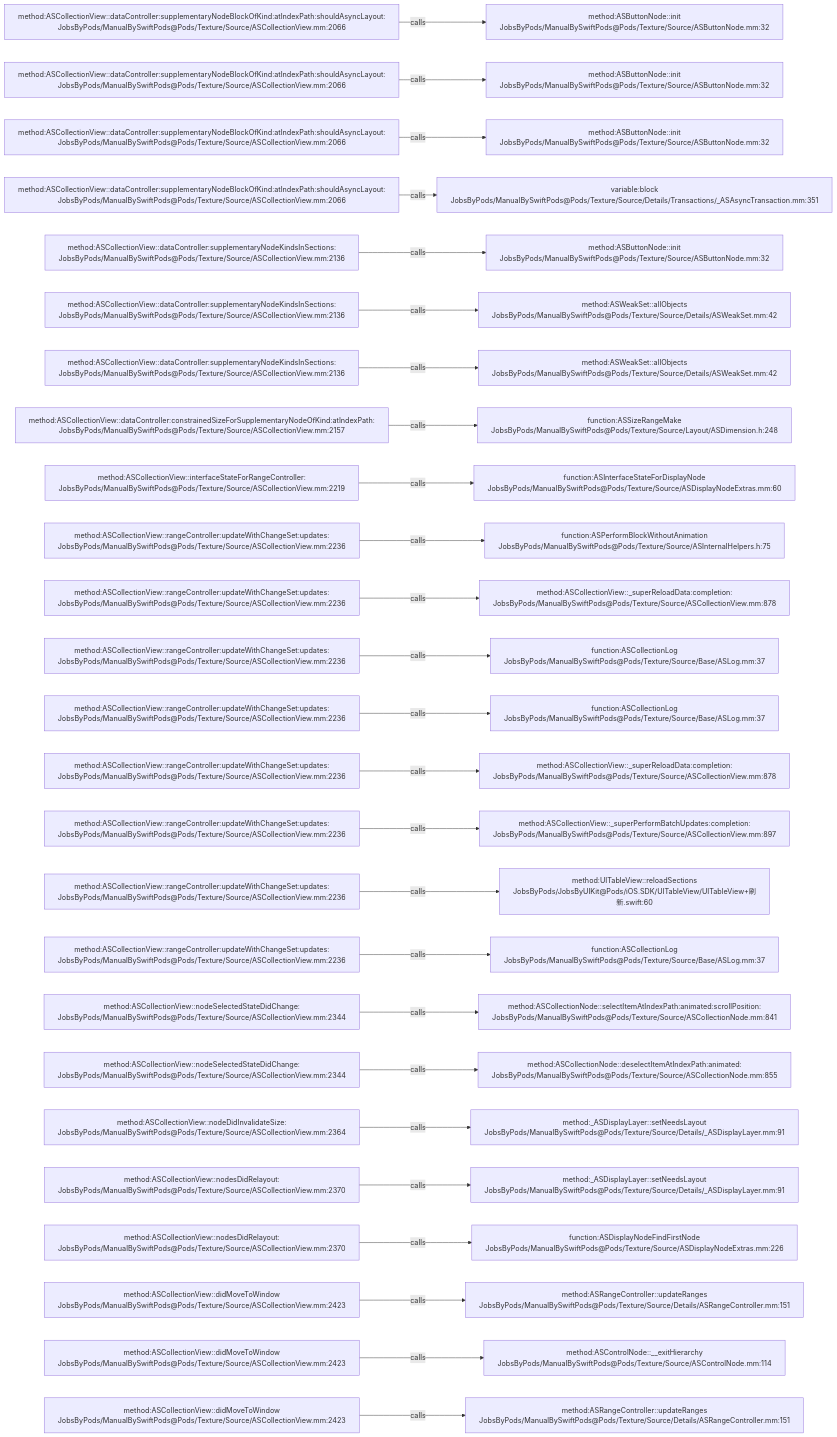
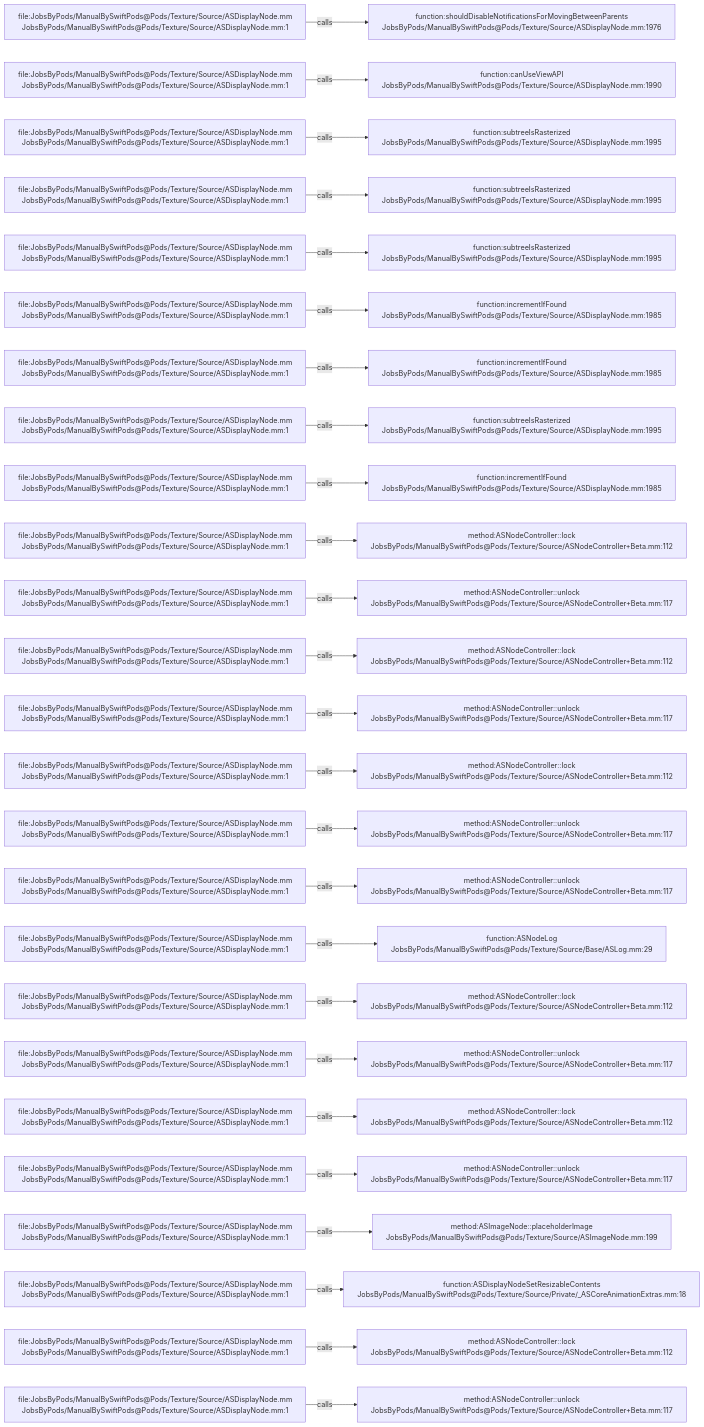
One commit to JobsKits/JobsSwiftBaseConfigDemo changed the diagram in .codegraph/codegraph.md/graphs/calls-033.md. Above: the diagram before and after it, drawn with Mermaid. The commit also changed 832 other files, not shown here.

````diff
--- a/.codegraph/codegraph.md/graphs/calls-033.md
+++ b/.codegraph/codegraph.md/graphs/calls-033.md
@@ -13,78 +13,78 @@
 ```mermaid
 flowchart LR
-  S1["method:ASCollectionView::dataController:supplementaryNodeBlockOfKind:atIndexPath:shouldAsyncLayout:<br/>JobsByPods/ManualBySwiftPods@Pods/Texture/Source/ASCollectionView.mm:2066"]
-  T1["method:ASButtonNode::init<br/>JobsByPods/ManualBySwiftPods@Pods/Texture/Source/ASButtonNode.mm:32"]
+  S1["file:JobsByPods/ManualBySwiftPods@Pods/Texture/Source/ASDisplayNode.mm<br/>JobsByPods/ManualBySwiftPods@Pods/Texture/Source/ASDisplayNode.mm:1"]
+  T1["function:shouldDisableNotificationsForMovingBetweenParents<br/>JobsByPods/ManualBySwiftPods@Pods/Texture/Source/ASDisplayNode.mm:1976"]
   S1 -->|calls| T1
-  S2["method:ASCollectionView::dataController:supplementaryNodeBlockOfKind:atIndexPath:shouldAsyncLayout:<br/>JobsByPods/ManualBySwiftPods@Pods/Texture/Source/ASCollectionView.mm:2066"]
-  T2["method:ASButtonNode::init<br/>JobsByPods/ManualBySwiftPods@Pods/Texture/Source/ASButtonNode.mm:32"]
+  S2["file:JobsByPods/ManualBySwiftPods@Pods/Texture/Source/ASDisplayNode.mm<br/>JobsByPods/ManualBySwiftPods@Pods/Texture/Source/ASDisplayNode.mm:1"]
+  T2["function:canUseViewAPI<br/>JobsByPods/ManualBySwiftPods@Pods/Texture/Source/ASDisplayNode.mm:1990"]
   S2 -->|calls| T2
-  S3["method:ASCollectionView::dataController:supplementaryNodeBlockOfKind:atIndexPath:shouldAsyncLayout:<br/>JobsByPods/ManualBySwiftPods@Pods/Texture/Source/ASCollectionView.mm:2066"]
-  T3["method:ASButtonNode::init<br/>JobsByPods/ManualBySwiftPods@Pods/Texture/Source/ASButtonNode.mm:32"]
+  S3["file:JobsByPods/ManualBySwiftPods@Pods/Texture/Source/ASDisplayNode.mm<br/>JobsByPods/ManualBySwiftPods@Pods/Texture/Source/ASDisplayNode.mm:1"]
+  T3["function:subtreeIsRasterized<br/>JobsByPods/ManualBySwiftPods@Pods/Texture/Source/ASDisplayNode.mm:1995"]
   S3 -->|calls| T3
-  S4["method:ASCollectionView::dataController:supplementaryNodeBlockOfKind:atIndexPath:shouldAsyncLayout:<br/>JobsByPods/ManualBySwiftPods@Pods/Texture/Source/ASCollectionView.mm:2066"]
-  T4["variable:block<br/>JobsByPods/ManualBySwiftPods@Pods/Texture/Source/Details/Transactions/_ASAsyncTransaction.mm:351"]
+  S4["file:JobsByPods/ManualBySwiftPods@Pods/Texture/Source/ASDisplayNode.mm<br/>JobsByPods/ManualBySwiftPods@Pods/Texture/Source/ASDisplayNode.mm:1"]
+  T4["function:subtreeIsRasterized<br/>JobsByPods/ManualBySwiftPods@Pods/Texture/Source/ASDisplayNode.mm:1995"]
   S4 -->|calls| T4
-  S5["method:ASCollectionView::dataController:supplementaryNodeKindsInSections:<br/>JobsByPods/ManualBySwiftPods@Pods/Texture/Source/ASCollectionView.mm:2136"]
-  T5["method:ASButtonNode::init<br/>JobsByPods/ManualBySwiftPods@Pods/Texture/Source/ASButtonNode.mm:32"]
+  S5["file:JobsByPods/ManualBySwiftPods@Pods/Texture/Source/ASDisplayNode.mm<br/>JobsByPods/ManualBySwiftPods@Pods/Texture/Source/ASDisplayNode.mm:1"]
+  T5["function:subtreeIsRasterized<br/>JobsByPods/ManualBySwiftPods@Pods/Texture/Source/ASDisplayNode.mm:1995"]
   S5 -->|calls| T5
-  S6["method:ASCollectionView::dataController:supplementaryNodeKindsInSections:<br/>JobsByPods/ManualBySwiftPods@Pods/Texture/Source/ASCollectionView.mm:2136"]
-  T6["method:ASWeakSet::allObjects<br/>JobsByPods/ManualBySwiftPods@Pods/Texture/Source/Details/ASWeakSet.mm:42"]
+  S6["file:JobsByPods/ManualBySwiftPods@Pods/Texture/Source/ASDisplayNode.mm<br/>JobsByPods/ManualBySwiftPods@Pods/Texture/Source/ASDisplayNode.mm:1"]
+  T6["function:incrementIfFound<br/>JobsByPods/ManualBySwiftPods@Pods/Texture/Source/ASDisplayNode.mm:1985"]
   S6 -->|calls| T6
-  S7["method:ASCollectionView::dataController:supplementaryNodeKindsInSections:<br/>JobsByPods/ManualBySwiftPods@Pods/Texture/Source/ASCollectionView.mm:2136"]
-  T7["method:ASWeakSet::allObjects<br/>JobsByPods/ManualBySwiftPods@Pods/Texture/Source/Details/ASWeakSet.mm:42"]
+  S7["file:JobsByPods/ManualBySwiftPods@Pods/Texture/Source/ASDisplayNode.mm<br/>JobsByPods/ManualBySwiftPods@Pods/Texture/Source/ASDisplayNode.mm:1"]
+  T7["function:incrementIfFound<br/>JobsByPods/ManualBySwiftPods@Pods/Texture/Source/ASDisplayNode.mm:1985"]
   S7 -->|calls| T7
-  S8["method:ASCollectionView::dataController:constrainedSizeForSupplementaryNodeOfKind:atIndexPath:<br/>JobsByPods/ManualBySwiftPods@Pods/Texture/Source/ASCollectionView.mm:2157"]
-  T8["function:ASSizeRangeMake<br/>JobsByPods/ManualBySwiftPods@Pods/Texture/Source/Layout/ASDimension.h:248"]
+  S8["file:JobsByPods/ManualBySwiftPods@Pods/Texture/Source/ASDisplayNode.mm<br/>JobsByPods/ManualBySwiftPods@Pods/Texture/Source/ASDisplayNode.mm:1"]
+  T8["function:subtreeIsRasterized<br/>JobsByPods/ManualBySwiftPods@Pods/Texture/Source/ASDisplayNode.mm:1995"]
   S8 -->|calls| T8
-  S9["method:ASCollectionView::interfaceStateForRangeController:<br/>JobsByPods/ManualBySwiftPods@Pods/Texture/Source/ASCollectionView.mm:2219"]
-  T9["function:ASInterfaceStateForDisplayNode<br/>JobsByPods/ManualBySwiftPods@Pods/Texture/Source/ASDisplayNodeExtras.mm:60"]
+  S9["file:JobsByPods/ManualBySwiftPods@Pods/Texture/Source/ASDisplayNode.mm<br/>JobsByPods/ManualBySwiftPods@Pods/Texture/Source/ASDisplayNode.mm:1"]
+  T9["function:incrementIfFound<br/>JobsByPods/ManualBySwiftPods@Pods/Texture/Source/ASDisplayNode.mm:1985"]
   S9 -->|calls| T9
-  S10["method:ASCollectionView::rangeController:updateWithChangeSet:updates:<br/>JobsByPods/ManualBySwiftPods@Pods/Texture/Source/ASCollectionView.mm:2236"]
-  T10["function:ASPerformBlockWithoutAnimation<br/>JobsByPods/ManualBySwiftPods@Pods/Texture/Source/ASInternalHelpers.h:75"]
+  S10["file:JobsByPods/ManualBySwiftPods@Pods/Texture/Source/ASDisplayNode.mm<br/>JobsByPods/ManualBySwiftPods@Pods/Texture/Source/ASDisplayNode.mm:1"]
+  T10["method:ASNodeController::lock<br/>JobsByPods/ManualBySwiftPods@Pods/Texture/Source/ASNodeController+Beta.mm:112"]
   S10 -->|calls| T10
-  S11["method:ASCollectionView::rangeController:updateWithChangeSet:updates:<br/>JobsByPods/ManualBySwiftPods@Pods/Texture/Source/ASCollectionView.mm:2236"]
-  T11["method:ASCollectionView::_superReloadData:completion:<br/>JobsByPods/ManualBySwiftPods@Pods/Texture/Source/ASCollectionView.mm:878"]
+  S11["file:JobsByPods/ManualBySwiftPods@Pods/Texture/Source/ASDisplayNode.mm<br/>JobsByPods/ManualBySwiftPods@Pods/Texture/Source/ASDisplayNode.mm:1"]
+  T11["method:ASNodeController::unlock<br/>JobsByPods/ManualBySwiftPods@Pods/Texture/Source/ASNodeController+Beta.mm:117"]
   S11 -->|calls| T11
-  S12["method:ASCollectionView::rangeController:updateWithChangeSet:updates:<br/>JobsByPods/ManualBySwiftPods@Pods/Texture/Source/ASCollectionView.mm:2236"]
-  T12["function:ASCollectionLog<br/>JobsByPods/ManualBySwiftPods@Pods/Texture/Source/Base/ASLog.mm:37"]
+  S12["file:JobsByPods/ManualBySwiftPods@Pods/Texture/Source/ASDisplayNode.mm<br/>JobsByPods/ManualBySwiftPods@Pods/Texture/Source/ASDisplayNode.mm:1"]
+  T12["method:ASNodeController::lock<br/>JobsByPods/ManualBySwiftPods@Pods/Texture/Source/ASNodeController+Beta.mm:112"]
   S12 -->|calls| T12
-  S13["method:ASCollectionView::rangeController:updateWithChangeSet:updates:<br/>JobsByPods/ManualBySwiftPods@Pods/Texture/Source/ASCollectionView.mm:2236"]
-  T13["function:ASCollectionLog<br/>JobsByPods/ManualBySwiftPods@Pods/Texture/Source/Base/ASLog.mm:37"]
+  S13["file:JobsByPods/ManualBySwiftPods@Pods/Texture/Source/ASDisplayNode.mm<br/>JobsByPods/ManualBySwiftPods@Pods/Texture/Source/ASDisplayNode.mm:1"]
+  T13["method:ASNodeController::unlock<br/>JobsByPods/ManualBySwiftPods@Pods/Texture/Source/ASNodeController+Beta.mm:117"]
   S13 -->|calls| T13
-  S14["method:ASCollectionView::rangeController:updateWithChangeSet:updates:<br/>JobsByPods/ManualBySwiftPods@Pods/Texture/Source/ASCollectionView.mm:2236"]
-  T14["method:ASCollectionView::_superReloadData:completion:<br/>JobsByPods/ManualBySwiftPods@Pods/Texture/Source/ASCollectionView.mm:878"]
+  S14["file:JobsByPods/ManualBySwiftPods@Pods/Texture/Source/ASDisplayNode.mm<br/>JobsByPods/ManualBySwiftPods@Pods/Texture/Source/ASDisplayNode.mm:1"]
+  T14["method:ASNodeController::lock<br/>JobsByPods/ManualBySwiftPods@Pods/Texture/Source/ASNodeController+Beta.mm:112"]
   S14 -->|calls| T14
-  S15["method:ASCollectionView::rangeController:updateWithChangeSet:updates:<br/>JobsByPods/ManualBySwiftPods@Pods/Texture/Source/ASCollectionView.mm:2236"]
-  T15["method:ASCollectionView::_superPerformBatchUpdates:completion:<br/>JobsByPods/ManualBySwiftPods@Pods/Texture/Source/ASCollectionView.mm:897"]
+  S15["file:JobsByPods/ManualBySwiftPods@Pods/Texture/Source/ASDisplayNode.mm<br/>JobsByPods/ManualBySwiftPods@Pods/Texture/Source/ASDisplayNode.mm:1"]
+  T15["method:ASNodeController::unlock<br/>JobsByPods/ManualBySwiftPods@Pods/Texture/Source/ASNodeController+Beta.mm:117"]
   S15 -->|calls| T15
-  S16["method:ASCollectionView::rangeController:updateWithChangeSet:updates:<br/>JobsByPods/ManualBySwiftPods@Pods/Texture/Source/ASCollectionView.mm:2236"]
-  T16["method:UITableView::reloadSections<br/>JobsByPods/JobsByUIKit@Pods/iOS.SDK/UITableView/UITableView+刷新.swift:60"]
+  S16["file:JobsByPods/ManualBySwiftPods@Pods/Texture/Source/ASDisplayNode.mm<br/>JobsByPods/ManualBySwiftPods@Pods/Texture/Source/ASDisplayNode.mm:1"]
+  T16["method:ASNodeController::unlock<br/>JobsByPods/ManualBySwiftPods@Pods/Texture/Source/ASNodeController+Beta.mm:117"]
   S16 -->|calls| T16
-  S17["method:ASCollectionView::rangeController:updateWithChangeSet:updates:<br/>JobsByPods/ManualBySwiftPods@Pods/Texture/Source/ASCollectionView.mm:2236"]
-  T17["function:ASCollectionLog<br/>JobsByPods/ManualBySwiftPods@Pods/Texture/Source/Base/ASLog.mm:37"]
+  S17["file:JobsByPods/ManualBySwiftPods@Pods/Texture/Source/ASDisplayNode.mm<br/>JobsByPods/ManualBySwiftPods@Pods/Texture/Source/ASDisplayNode.mm:1"]
+  T17["function:ASNodeLog<br/>JobsByPods/ManualBySwiftPods@Pods/Texture/Source/Base/ASLog.mm:29"]
   S17 -->|calls| T17
-  S18["method:ASCollectionView::nodeSelectedStateDidChange:<br/>JobsByPods/ManualBySwiftPods@Pods/Texture/Source/ASCollectionView.mm:2344"]
-  T18["method:ASCollectionNode::selectItemAtIndexPath:animated:scrollPosition:<br/>JobsByPods/ManualBySwiftPods@Pods/Texture/Source/ASCollectionNode.mm:841"]
+  S18["file:JobsByPods/ManualBySwiftPods@Pods/Texture/Source/ASDisplayNode.mm<br/>JobsByPods/ManualBySwiftPods@Pods/Texture/Source/ASDisplayNode.mm:1"]
+  T18["method:ASNodeController::lock<br/>JobsByPods/ManualBySwiftPods@Pods/Texture/Source/ASNodeController+Beta.mm:112"]
   S18 -->|calls| T18
-  S19["method:ASCollectionView::nodeSelectedStateDidChange:<br/>JobsByPods/ManualBySwiftPods@Pods/Texture/Source/ASCollectionView.mm:2344"]
-  T19["method:ASCollectionNode::deselectItemAtIndexPath:animated:<br/>JobsByPods/ManualBySwiftPods@Pods/Texture/Source/ASCollectionNode.mm:855"]
+  S19["file:JobsByPods/ManualBySwiftPods@Pods/Texture/Source/ASDisplayNode.mm<br/>JobsByPods/ManualBySwiftPods@Pods/Texture/Source/ASDisplayNode.mm:1"]
+  T19["method:ASNodeController::unlock<br/>JobsByPods/ManualBySwiftPods@Pods/Texture/Source/ASNodeController+Beta.mm:117"]
   S19 -->|calls| T19
-  S20["method:ASCollectionView::nodeDidInvalidateSize:<br/>JobsByPods/ManualBySwiftPods@Pods/Texture/Source/ASCollectionView.mm:2364"]
-  T20["method:_ASDisplayLayer::setNeedsLayout<br/>JobsByPods/ManualBySwiftPods@Pods/Texture/Source/Details/_ASDisplayLayer.mm:91"]
+  S20["file:JobsByPods/ManualBySwiftPods@Pods/Texture/Source/ASDisplayNode.mm<br/>JobsByPods/ManualBySwiftPods@Pods/Texture/Source/ASDisplayNode.mm:1"]
+  T20["method:ASNodeController::lock<br/>JobsByPods/ManualBySwiftPods@Pods/Texture/Source/ASNodeController+Beta.mm:112"]
   S20 -->|calls| T20
-  S21["method:ASCollectionView::nodesDidRelayout:<br/>JobsByPods/ManualBySwiftPods@Pods/Texture/Source/ASCollectionView.mm:2370"]
-  T21["method:_ASDisplayLayer::setNeedsLayout<br/>JobsByPods/ManualBySwiftPods@Pods/Texture/Source/Details/_ASDisplayLayer.mm:91"]
+  S21["file:JobsByPods/ManualBySwiftPods@Pods/Texture/Source/ASDisplayNode.mm<br/>JobsByPods/ManualBySwiftPods@Pods/Texture/Source/ASDisplayNode.mm:1"]
+  T21["method:ASNodeController::unlock<br/>JobsByPods/ManualBySwiftPods@Pods/Texture/Source/ASNodeController+Beta.mm:117"]
   S21 -->|calls| T21
-  S22["method:ASCollectionView::nodesDidRelayout:<br/>JobsByPods/ManualBySwiftPods@Pods/Texture/Source/ASCollectionView.mm:2370"]
-  T22["function:ASDisplayNodeFindFirstNode<br/>JobsByPods/ManualBySwiftPods@Pods/Texture/Source/ASDisplayNodeExtras.mm:226"]
+  S22["file:JobsByPods/ManualBySwiftPods@Pods/Texture/Source/ASDisplayNode.mm<br/>JobsByPods/ManualBySwiftPods@Pods/Texture/Source/ASDisplayNode.mm:1"]
+  T22["method:ASImageNode::placeholderImage<br/>JobsByPods/ManualBySwiftPods@Pods/Texture/Source/ASImageNode.mm:199"]
   S22 -->|calls| T22
-  S23["method:ASCollectionView::didMoveToWindow<br/>JobsByPods/ManualBySwiftPods@Pods/Texture/Source/ASCollectionView.mm:2423"]
-  T23["method:ASRangeController::updateRanges<br/>JobsByPods/ManualBySwiftPods@Pods/Texture/Source/Details/ASRangeController.mm:151"]
+  S23["file:JobsByPods/ManualBySwiftPods@Pods/Texture/Source/ASDisplayNode.mm<br/>JobsByPods/ManualBySwiftPods@Pods/Texture/Source/ASDisplayNode.mm:1"]
+  T23["function:ASDisplayNodeSetResizableContents<br/>JobsByPods/ManualBySwiftPods@Pods/Texture/Source/Private/_ASCoreAnimationExtras.mm:18"]
   S23 -->|calls| T23
-  S24["method:ASCollectionView::didMoveToWindow<br/>JobsByPods/ManualBySwiftPods@Pods/Texture/Source/ASCollectionView.mm:2423"]
-  T24["method:ASControlNode::__exitHierarchy<br/>JobsByPods/ManualBySwiftPods@Pods/Texture/Source/ASControlNode.mm:114"]
+  S24["file:JobsByPods/ManualBySwiftPods@Pods/Texture/Source/ASDisplayNode.mm<br/>JobsByPods/ManualBySwiftPods@Pods/Texture/Source/ASDisplayNode.mm:1"]
+  T24["method:ASNodeController::lock<br/>JobsByPods/ManualBySwiftPods@Pods/Texture/Source/ASNodeController+Beta.mm:112"]
   S24 -->|calls| T24
-  S25["method:ASCollectionView::didMoveToWindow<br/>JobsByPods/ManualBySwiftPods@Pods/Texture/Source/ASCollectionView.mm:2423"]
-  T25["method:ASRangeController::updateRanges<br/>JobsByPods/ManualBySwiftPods@Pods/Texture/Source/Details/ASRangeController.mm:151"]
+  S25["file:JobsByPods/ManualBySwiftPods@Pods/Texture/Source/ASDisplayNode.mm<br/>JobsByPods/ManualBySwiftPods@Pods/Texture/Source/ASDisplayNode.mm:1"]
+  T25["method:ASNodeController::unlock<br/>JobsByPods/ManualBySwiftPods@Pods/Texture/Source/ASNodeController+Beta.mm:117"]
   S25 -->|calls| T25
 ```
````
